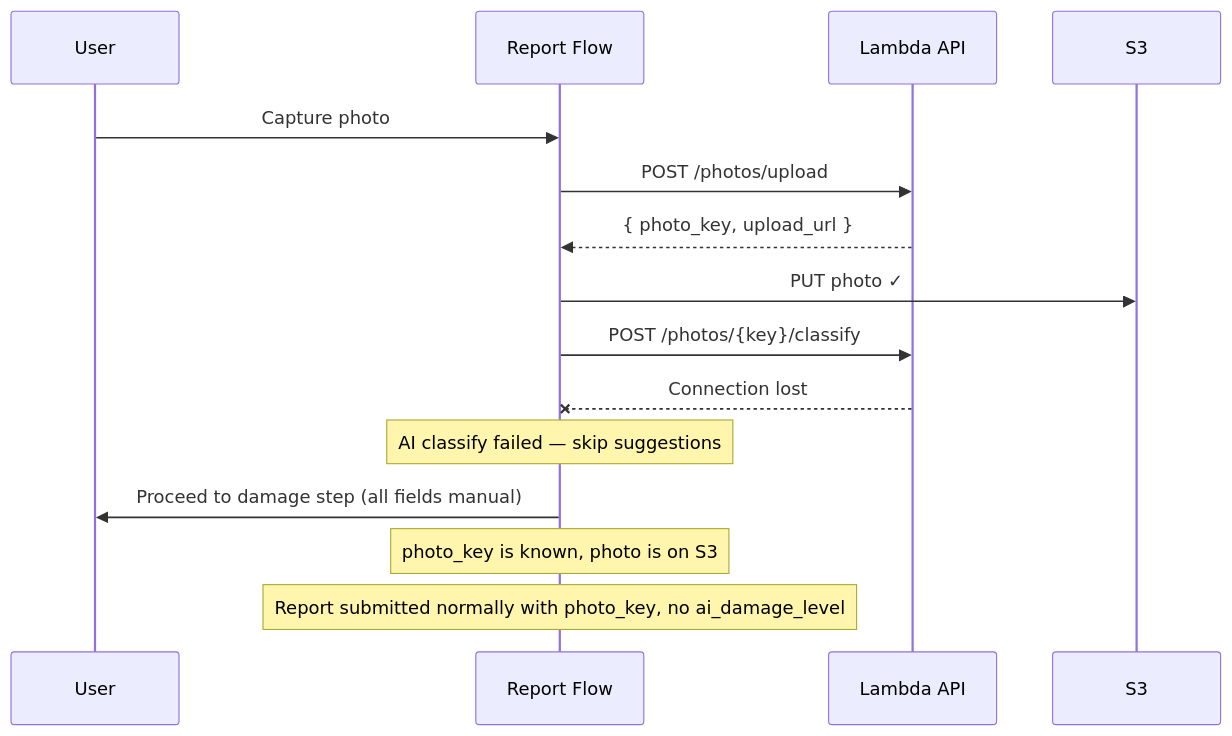
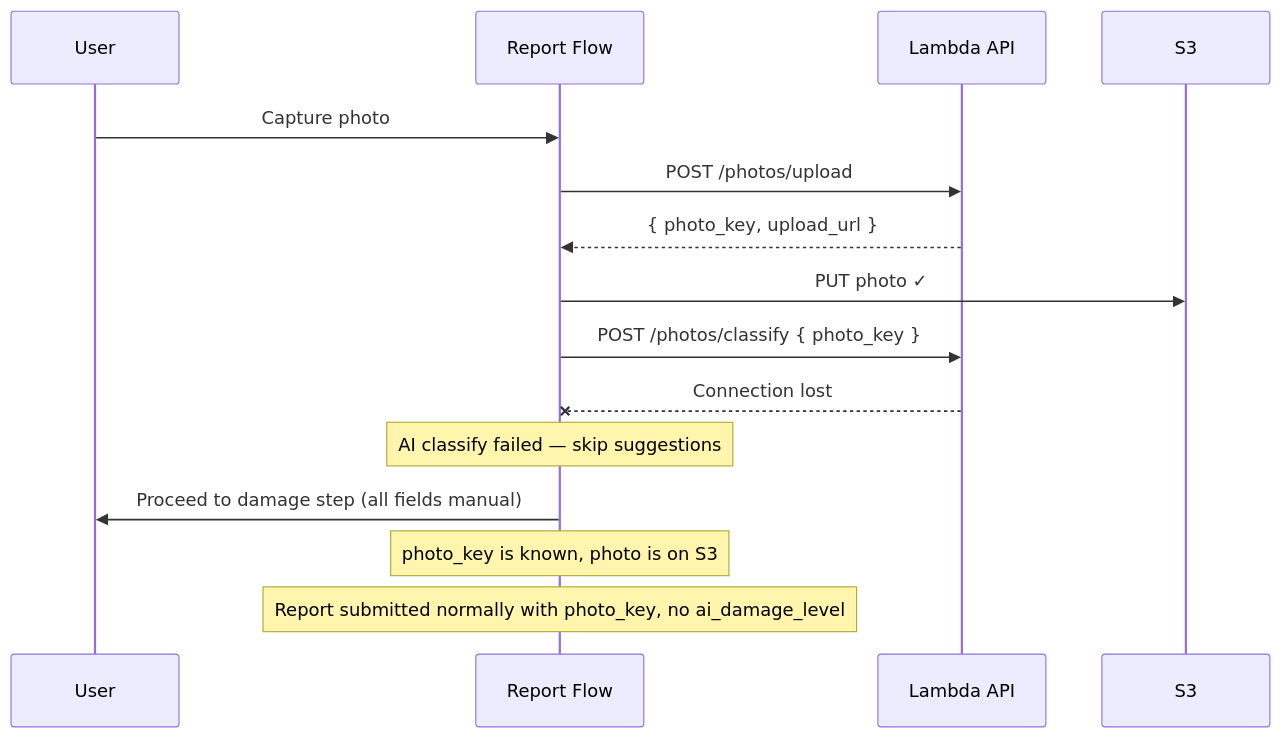
The fourth of 10 diagrams in docs/offline-connectivity-scenarios.md (foad/terra), drawn with Mermaid before and after one commit. The commit also changed other lines of this file and 3 other files, not shown here.

````diff
--- a/docs/offline-connectivity-scenarios.md
+++ b/docs/offline-connectivity-scenarios.md
@@ -108,19 +108,19 @@
 ```mermaid
 sequenceDiagram
     participant U as User
     participant UI as Report Flow
     participant API as Lambda API
     participant S3 as S3
 
     U->>UI: Capture photo
     UI->>API: POST /photos/upload
     API-->>UI: { photo_key, upload_url }
     UI->>S3: PUT photo ✓
-    UI->>API: POST /photos/{key}/classify
+    UI->>API: POST /photos/classify { photo_key }
     API--xUI: Connection lost
 
     Note over UI: AI classify failed — skip suggestions
     UI->>U: Proceed to damage step (all fields manual)
     Note over UI: photo_key is known, photo is on S3
     Note over UI: Report submitted normally with photo_key, no ai_damage_level
 ```
````
